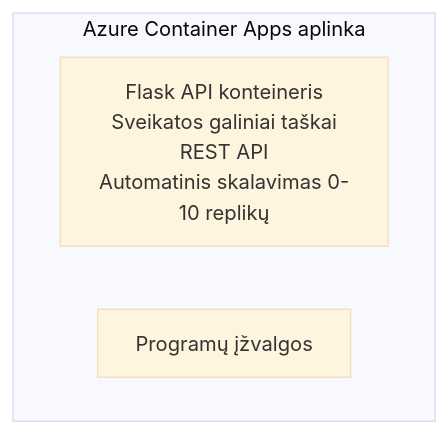
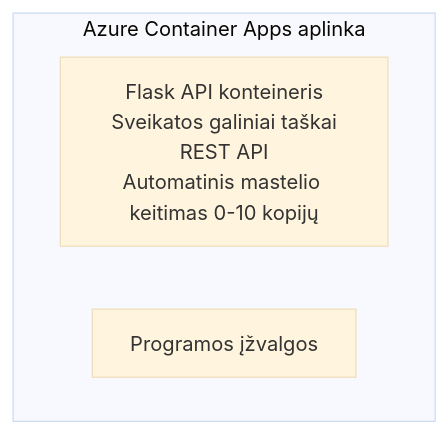
The diagram in translations/lt/examples/container-app/simple-flask-api/README.md (microsoft/AZD-for-beginners), drawn with Mermaid (base theme) before and after one commit. The commit also changed other lines of this file and 104 other files, not shown here.

````diff
--- a/translations/lt/examples/container-app/simple-flask-api/README.md
+++ b/translations/lt/examples/container-app/simple-flask-api/README.md
@@ -26,7 +26,7 @@
 ```mermaid
 graph TD
     subgraph ACA[Azure Container Apps aplinka]
-        Flask[Flask API konteineris<br/>Sveikatos galiniai taškai<br/>REST API<br/>Automatinis skalavimas 0-10 replikų]
-        AppInsights[Programų įžvalgos]
+        Flask[Flask API konteineris<br/>Sveikatos galiniai taškai<br/>REST API<br/>Automatinis mastelio keitimas 0-10 kopijų]
+        AppInsights[Programos įžvalgos]
     end
 ```
````
